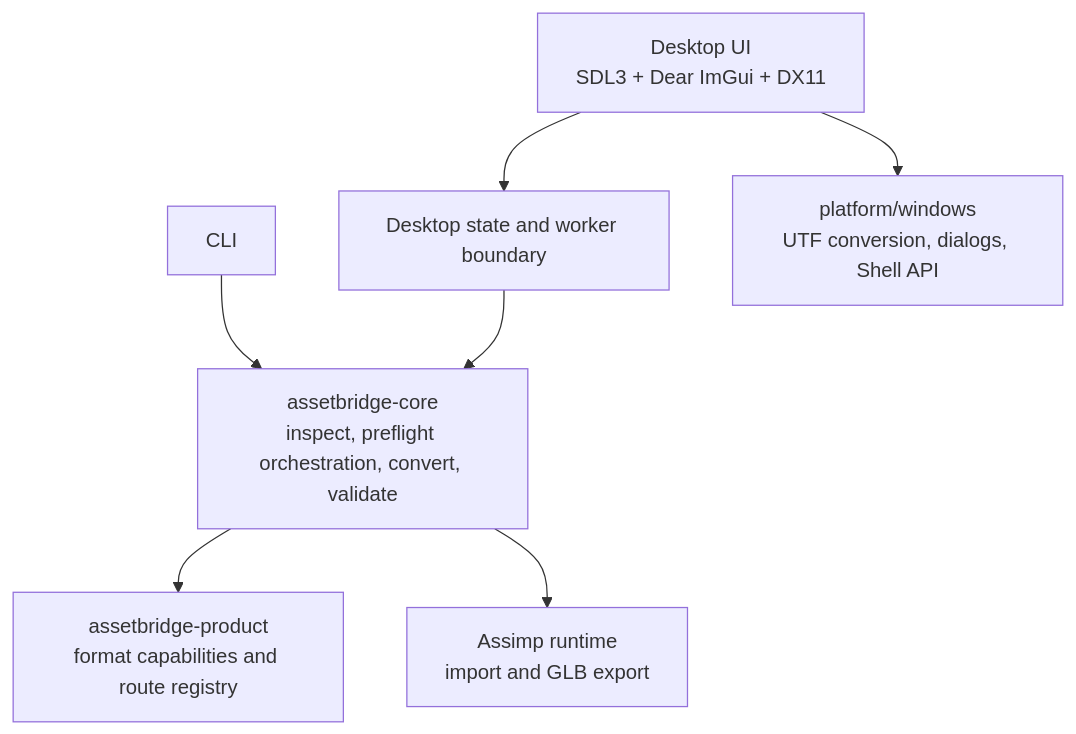
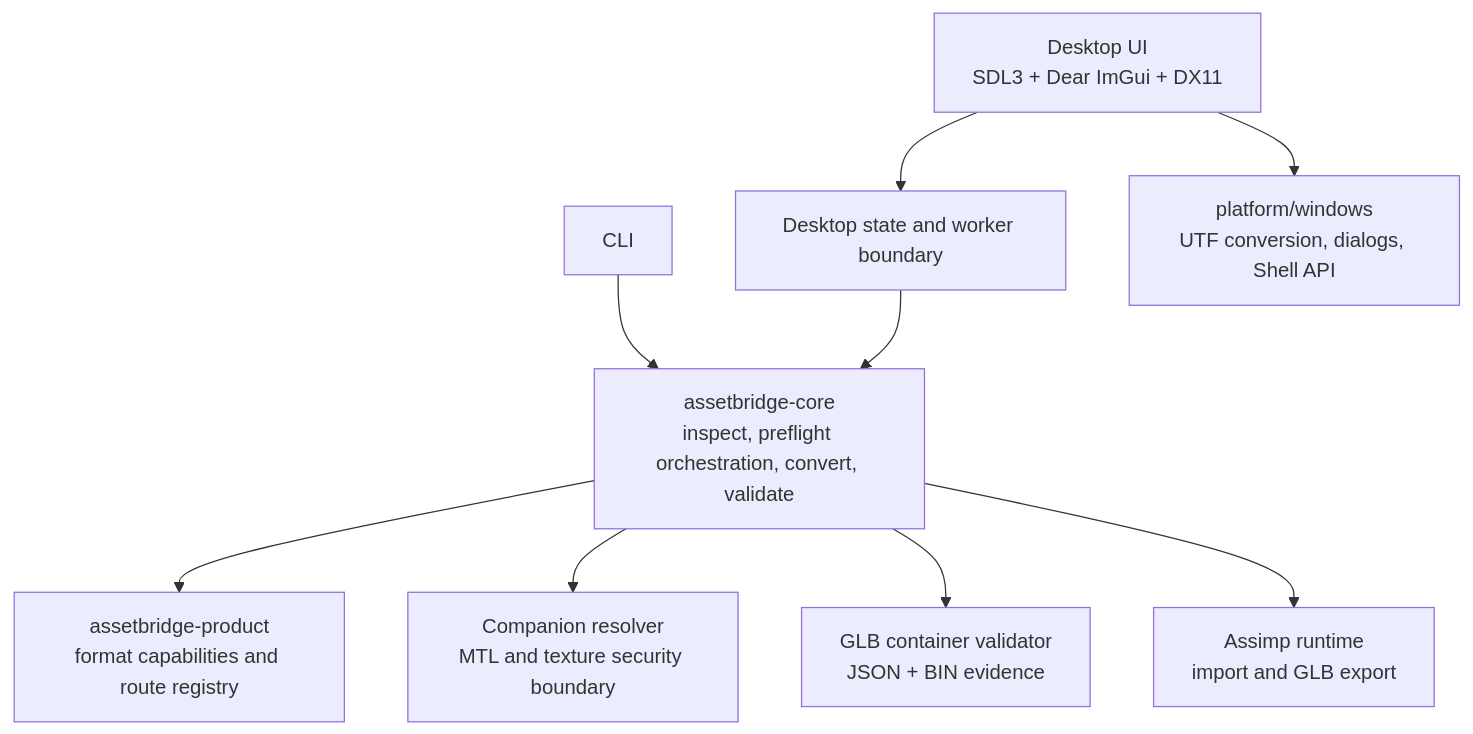
The diagram in docs/ARCHITECTURE.md (Fuyan-TA/AssetBridge), drawn with Mermaid before and after one commit. The commit also changed other lines of this file and 5 other files, not shown here.

````diff
--- a/docs/ARCHITECTURE.md
+++ b/docs/ARCHITECTURE.md
@@ -7,9 +7,11 @@
 ```mermaid
 flowchart TD
     Desktop["Desktop UI<br/>SDL3 + Dear ImGui + DX11"] --> DesktopModel["Desktop state and worker boundary"]
     CLI["CLI"] --> Core["assetbridge-core<br/>inspect, preflight orchestration, convert, validate"]
     DesktopModel --> Core
     Core --> Product["assetbridge-product<br/>format capabilities and route registry"]
+    Core --> Companion["Companion resolver<br/>MTL and texture security boundary"]
+    Core --> Container["GLB container validator<br/>JSON + BIN evidence"]
     Core --> Assimp["Assimp runtime<br/>import and GLB export"]
     Desktop --> Platform["platform/windows<br/>UTF conversion, dialogs, Shell API"]
 ```
````
